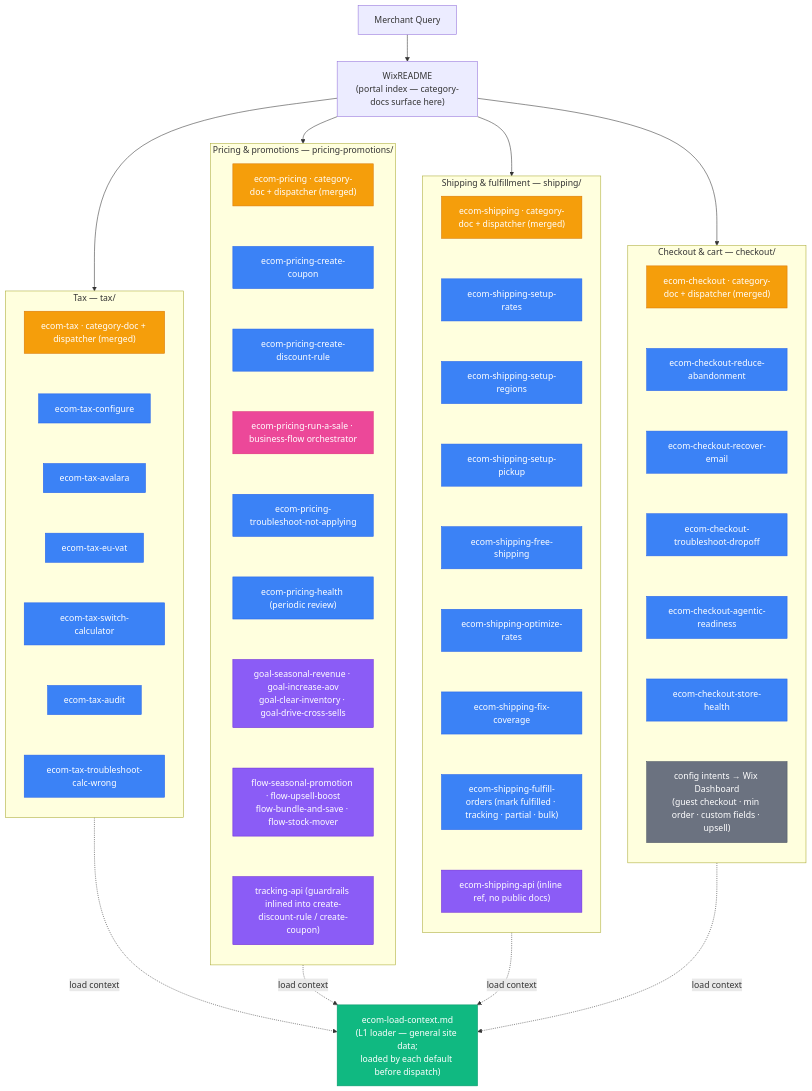
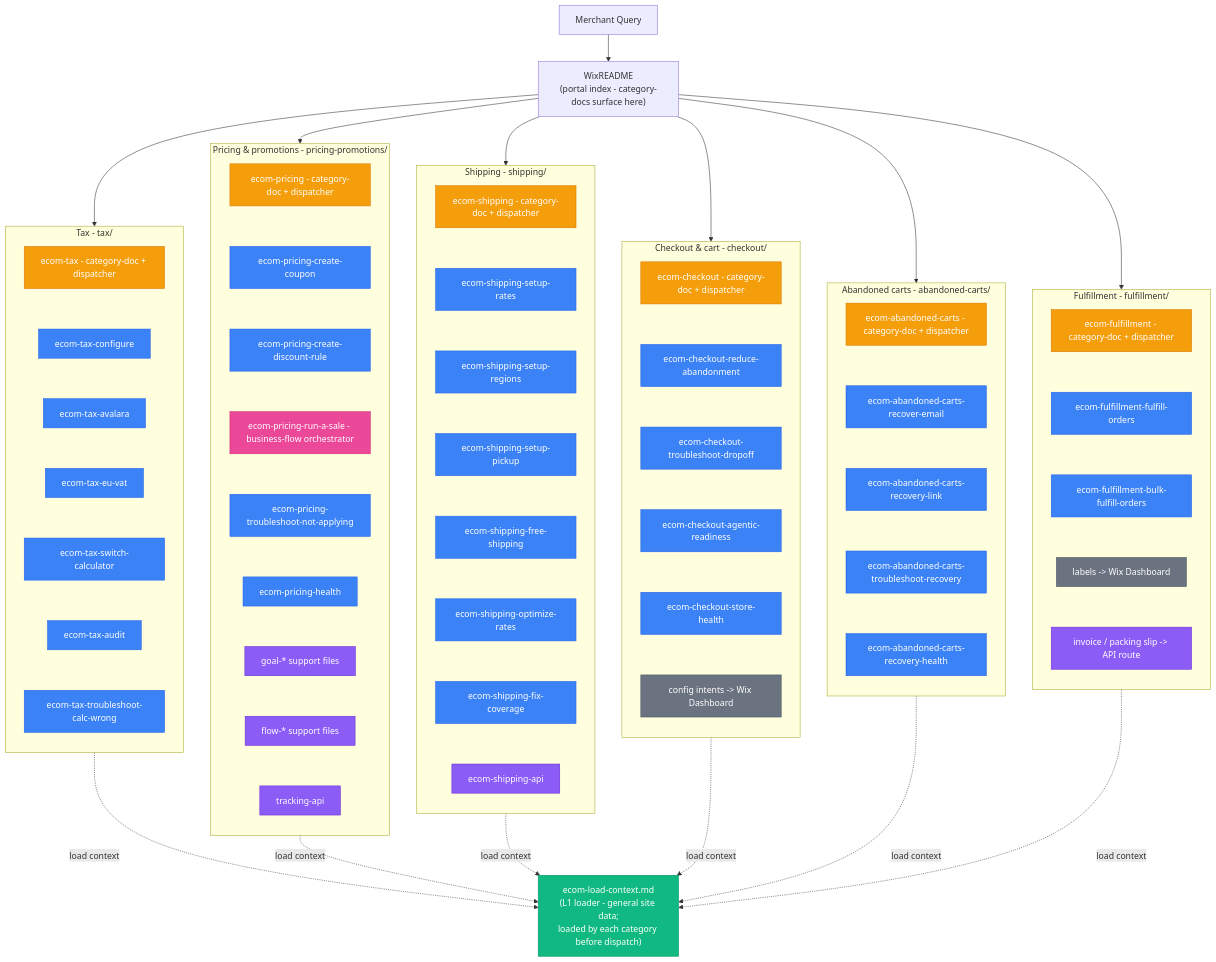
One commit to wix/skills changed the diagram in skills/wix-manage/references/ecommerce/skill-graph.md. Above: the diagram before and after it, drawn with Mermaid. The commit also changed other lines of this file and 33 other files, not shown here.

Commit message:
Add ecommerce abandoned carts and fulfillment routing

````diff
--- a/skills/wix-manage/references/ecommerce/skill-graph.md
+++ b/skills/wix-manage/references/ecommerce/skill-graph.md
@@ -8,22 +8,25 @@
 ```mermaid
 flowchart TB
-    MR["Merchant Query"] --> README["WixREADME<br/>(portal index — category-docs surface here)"]
+    MR["Merchant Query"] --> README["WixREADME<br/>(portal index - category-docs surface here)"]
 
     README --> TAX
     README --> PRICE
     README --> SHIP
     README --> CHECKOUT
+    README --> ABANDONED
+    README --> FULFILL
 
-    LOADER["ecom-load-context.md<br/>(L1 loader — general site data;<br/>loaded by each default before dispatch)"]
+    LOADER["ecom-load-context.md<br/>(L1 loader - general site data;<br/>loaded by each category before dispatch)"]
     TAX -.-> |load context| LOADER
     PRICE -.-> |load context| LOADER
     SHIP -.-> |load context| LOADER
     CHECKOUT -.-> |load context| LOADER
+    ABANDONED -.-> |load context| LOADER
+    FULFILL -.-> |load context| LOADER
 
-    %% ---------- Tax L3 ----------
-    subgraph TAX["Tax — tax/"]
+    subgraph TAX["Tax - tax/"]
         direction TB
-        TAXDEF["ecom-tax · category-doc + dispatcher (merged)"]
+        TAXDEF["ecom-tax - category-doc + dispatcher"]
         TC["ecom-tax-configure"]
         TA["ecom-tax-avalara"]
         TV["ecom-tax-eu-vat"]
@@ -33,47 +36,62 @@
         TAXDEF ~~~ TC ~~~ TA ~~~ TV ~~~ TS ~~~ TU ~~~ TT
     end
 
-    %% ---------- Pricing & promotions L3 ----------
-    subgraph PRICE["Pricing & promotions — pricing-promotions/"]
+    subgraph PRICE["Pricing & promotions - pricing-promotions/"]
         direction TB
-        PRICEDEF["ecom-pricing · category-doc + dispatcher (merged)"]
+        PRICEDEF["ecom-pricing - category-doc + dispatcher"]
         PC["ecom-pricing-create-coupon"]
         PD["ecom-pricing-create-discount-rule"]
-        PR["ecom-pricing-run-a-sale · business-flow orchestrator"]
+        PR["ecom-pricing-run-a-sale - business-flow orchestrator"]
         PB["ecom-pricing-troubleshoot-not-applying"]
-        PH["ecom-pricing-health (periodic review)"]
-        PG["goal-seasonal-revenue · goal-increase-aov<br/>goal-clear-inventory · goal-drive-cross-sells"]
-        PF["flow-seasonal-promotion · flow-upsell-boost<br/>flow-bundle-and-save · flow-stock-mover"]
-        PV["tracking-api (guardrails inlined into create-discount-rule / create-coupon)"]
+        PH["ecom-pricing-health"]
+        PG["goal-* support files"]
+        PF["flow-* support files"]
+        PV["tracking-api"]
         PRICEDEF ~~~ PC ~~~ PD ~~~ PR ~~~ PB ~~~ PH ~~~ PG ~~~ PF ~~~ PV
     end
 
-    %% ---------- Shipping & fulfillment L3 (migrated) ----------
-    subgraph SHIP["Shipping & fulfillment — shipping/"]
+    subgraph SHIP["Shipping - shipping/"]
         direction TB
-        SHIPDEF["ecom-shipping · category-doc + dispatcher (merged)"]
+        SHIPDEF["ecom-shipping - category-doc + dispatcher"]
         SR["ecom-shipping-setup-rates"]
         SG["ecom-shipping-setup-regions"]
         SP["ecom-shipping-setup-pickup"]
         SF["ecom-shipping-free-shipping"]
         SO["ecom-shipping-optimize-rates"]
         SX["ecom-shipping-fix-coverage"]
-        SFU["ecom-shipping-fulfill-orders (mark fulfilled · tracking · partial · bulk)"]
-        SS["ecom-shipping-api (inline ref, no public docs)"]
-        SHIPDEF ~~~ SR ~~~ SG ~~~ SP ~~~ SF ~~~ SO ~~~ SX ~~~ SFU ~~~ SS
+        SS["ecom-shipping-api"]
+        SHIPDEF ~~~ SR ~~~ SG ~~~ SP ~~~ SF ~~~ SO ~~~ SX ~~~ SS
     end
 
-    %% ---------- Checkout & cart L3 (migrated) ----------
-    subgraph CHECKOUT["Checkout & cart — checkout/"]
+    subgraph CHECKOUT["Checkout & cart - checkout/"]
         direction TB
-        CHKDEF["ecom-checkout · category-doc + dispatcher (merged)"]
+        CHKDEF["ecom-checkout - category-doc + dispatcher"]
         CR["ecom-checkout-reduce-abandonment"]
-        CE["ecom-checkout-recover-email"]
         CT["ecom-checkout-troubleshoot-dropoff"]
         CA["ecom-checkout-agentic-readiness"]
         CH["ecom-checkout-store-health"]
-        CD["config intents → Wix Dashboard<br/>(guest checkout · min order · custom fields · upsell)"]
-        CHKDEF ~~~ CR ~~~ CE ~~~ CT ~~~ CA ~~~ CH ~~~ CD
+        CD["config intents -> Wix Dashboard"]
+        CHKDEF ~~~ CR ~~~ CT ~~~ CA ~~~ CH ~~~ CD
+    end
+
+    subgraph ABANDONED["Abandoned carts - abandoned-carts/"]
+        direction TB
+        ACDEF["ecom-abandoned-carts - category-doc + dispatcher"]
+        AR["ecom-abandoned-carts-recover-email"]
+        AL["ecom-abandoned-carts-recovery-link"]
+        AT["ecom-abandoned-carts-troubleshoot-recovery"]
+        AH["ecom-abandoned-carts-recovery-health"]
+        ACDEF ~~~ AR ~~~ AL ~~~ AT ~~~ AH
+    end
+
+    subgraph FULFILL["Fulfillment - fulfillment/"]
+        direction TB
+        FDEF["ecom-fulfillment - category-doc + dispatcher"]
+        FO["ecom-fulfillment-fulfill-orders"]
+        FB["ecom-fulfillment-bulk-fulfill-orders"]
+        FL["labels -> Wix Dashboard"]
+        FI["invoice / packing slip -> API route"]
+        FDEF ~~~ FO ~~~ FB ~~~ FL ~~~ FI
     end
 
     classDef dispatcher fill:#f59e0b,stroke:#d97706,color:#fff
@@ -83,10 +101,10 @@
     classDef loader fill:#10b981,stroke:#059669,color:#fff
     classDef legacy fill:#6b7280,stroke:#4b5563,color:#fff
 
-    class TAXDEF,PRICEDEF,SHIPDEF,CHKDEF dispatcher
-    class TC,TA,TV,TS,TU,TT,PC,PD,PB,PH,SR,SG,SP,SF,SO,SX,SFU,CR,CE,CT,CA,CH promotion
+    class TAXDEF,PRICEDEF,SHIPDEF,CHKDEF,ACDEF,FDEF dispatcher
+    class TC,TA,TV,TS,TU,TT,PC,PD,PB,PH,SR,SG,SP,SF,SO,SX,CR,CT,CA,CH,AR,AL,AT,AH,FO,FB promotion
     class PR orchestrator
-    class PG,PF,PV,SS support
+    class PG,PF,PV,SS,FI support
     class LOADER loader
-    class CD,CG legacy
+    class CD,FL legacy
 ```
````
